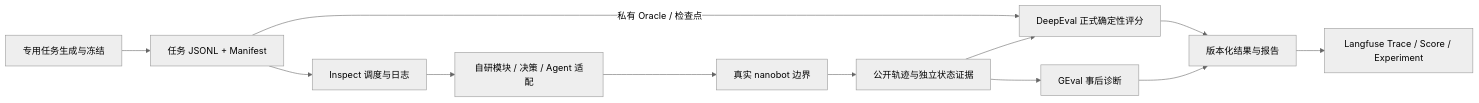
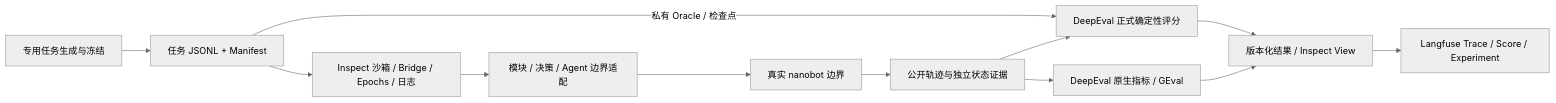
Before and after one commit to tester-yuanyu/agent_eval_harness: the diagram in README.md, drawn with Mermaid (neutral theme). The commit also changed other lines of this file and 59 other files, not shown here.

Commit message:
Reuse native Inspect, DeepEval and Langfuse evaluation capabilities

````diff
--- a/README.md
+++ b/README.md
@@ -63,14 +63,14 @@
 ```mermaid
 flowchart LR
   G[专用任务生成与冻结] --> D[任务 JSONL + Manifest]
-  D --> I[Inspect 调度与日志]
-  I --> A[自研模块 / 决策 / Agent 适配]
+  D --> I[Inspect 沙箱 / Bridge / Epochs / 日志]
+  I --> A[模块 / 决策 / Agent 边界适配]
   A --> N[真实 nanobot 边界]
   N --> E[公开轨迹与独立状态证据]
   D -->|私有 Oracle / 检查点| S[DeepEval 正式确定性评分]
   E --> S
-  E --> J[GEval 事后诊断]
-  S --> R[版本化结果与报告]
+  E --> J[DeepEval 原生指标 / GEval]
+  S --> R[版本化结果 / Inspect View]
   J --> R
   R --> L[Langfuse Trace / Score / Experiment]
 ```
````
